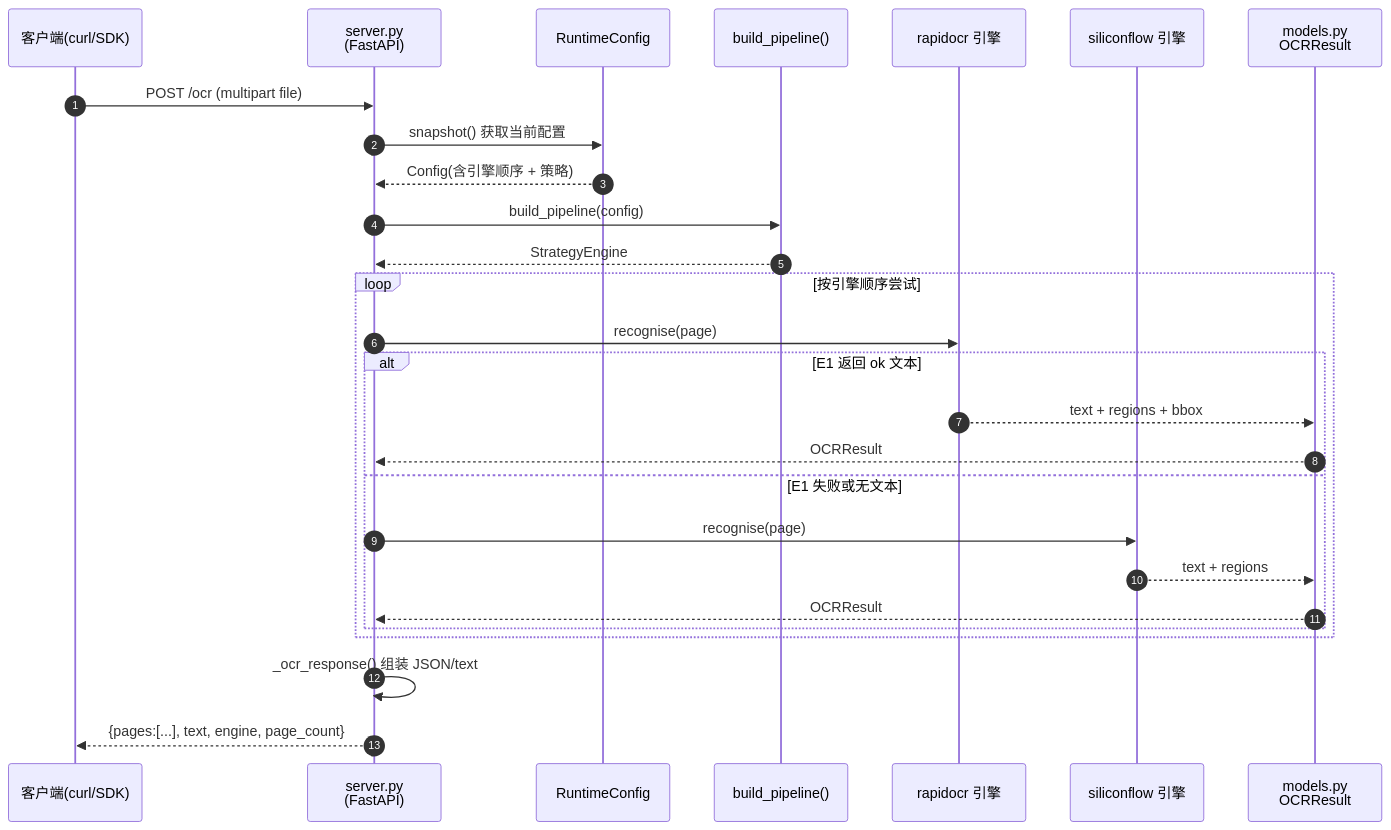
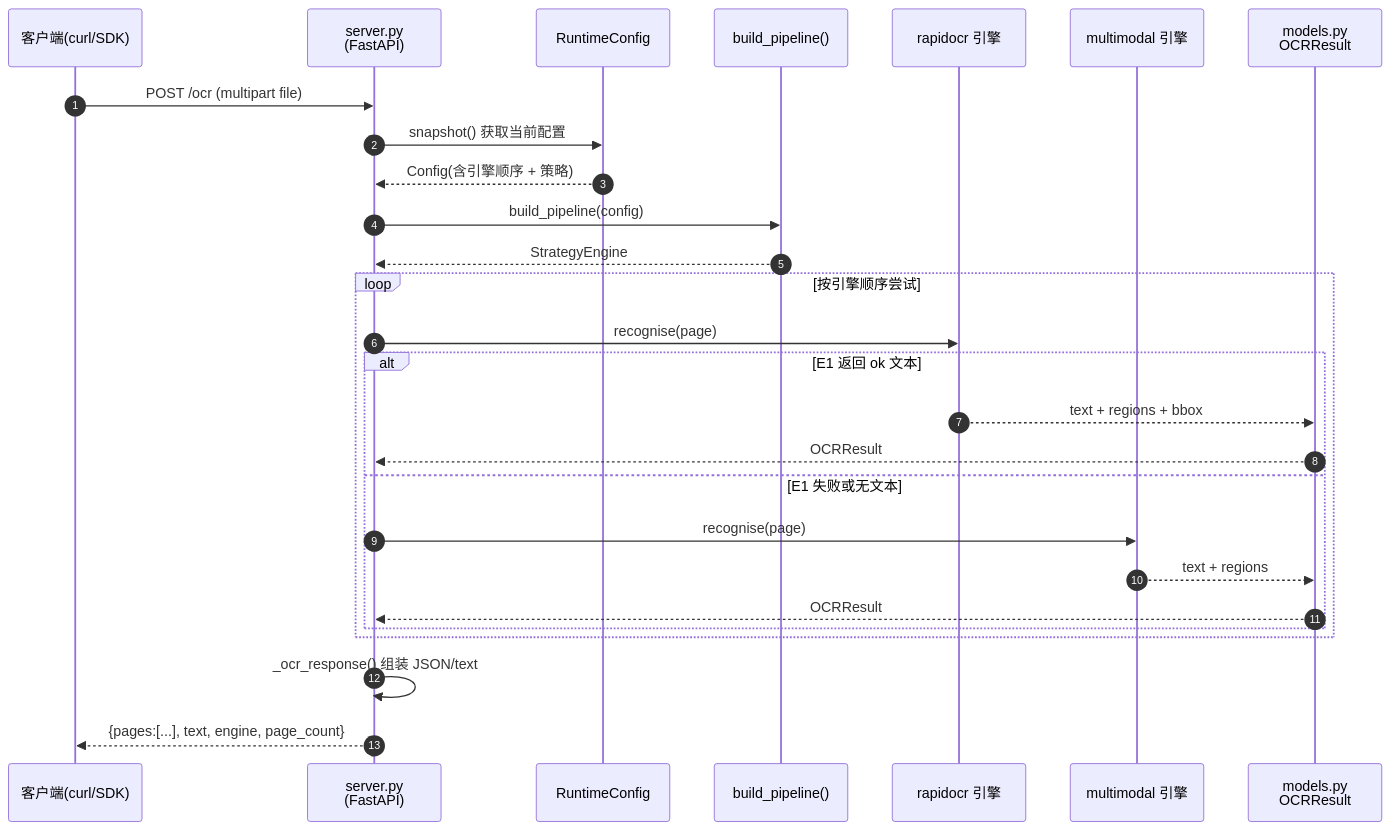
The second of 15 diagrams in docs/manual.md (yejinlei/jykj-ocr), drawn with Mermaid before and after one commit. The commit also changed other lines of this file and 29 other files, not shown here.

First line of the commit message:
refactor: siliconflow 彻底降级为 multimodal 的平台示例,统一到通用环境变量

````diff
--- a/docs/manual.md
+++ b/docs/manual.md
@@ -98,32 +94,32 @@
 ```mermaid
 sequenceDiagram
     autonumber
     participant C as 客户端(curl/SDK)
     participant S as server.py<br/>(FastAPI)
     participant R as RuntimeConfig
     participant P as build_pipeline()
     participant E1 as rapidocr 引擎
-    participant E2 as siliconflow 引擎
+    participant E2 as multimodal 引擎
     participant M as models.py<br/>OCRResult
 
     C->>S: POST /ocr (multipart file)
     S->>R: snapshot() 获取当前配置
     R-->>S: Config(含引擎顺序 + 策略)
     S->>P: build_pipeline(config)
     P-->>S: StrategyEngine
 
     loop 按引擎顺序尝试
         S->>E1: recognise(page)
         alt E1 返回 ok 文本
             E1-->>M: text + regions + bbox
             M-->>S: OCRResult
         else E1 失败或无文本
             S->>E2: recognise(page)
             E2-->>M: text + regions
             M-->>S: OCRResult
         end
     end
 
     S->>S: _ocr_response() 组装 JSON/text
     S-->>C: {pages:[...], text, engine, page_count}
 ```
````
